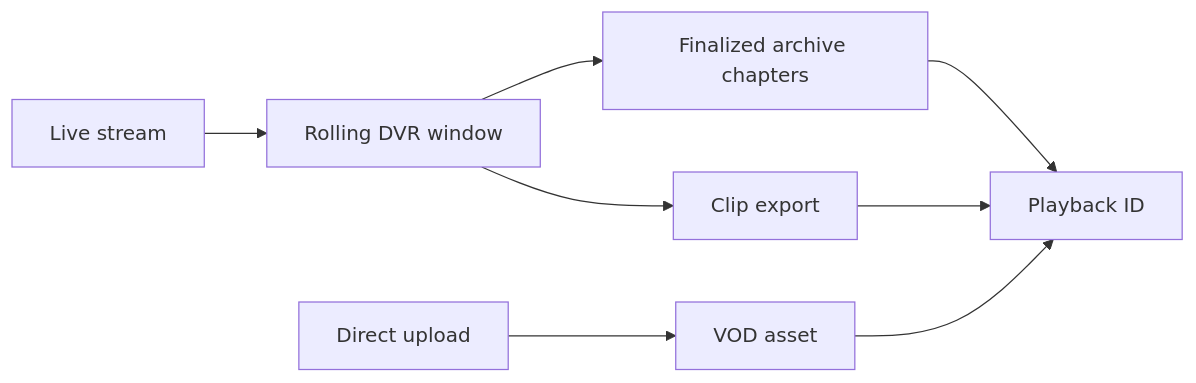
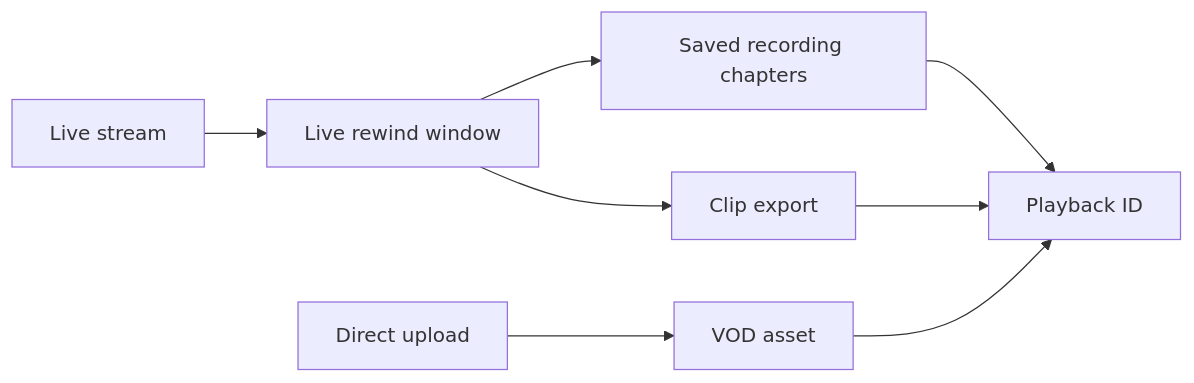
The diagram in website_docs/src/content/docs/builders/recordings.mdx (Livepeer-FrameWorks/monorepo), drawn with Mermaid before and after one commit. The commit also changed other lines of this file and 23 other files, not shown here.

Commit message:
feat(recording): finalize chapters and replay stopped DVR

````diff
--- a/website_docs/src/content/docs/builders/recordings.mdx
+++ b/website_docs/src/content/docs/builders/recordings.mdx
@@ -12,10 +12,10 @@
 ```mermaid
 flowchart LR
-    LIVE[Live stream] --> DVR[Rolling DVR window]
-    DVR --> CH[Finalized archive chapters]
+    LIVE[Live stream] --> DVR[Live rewind window]
+    DVR --> CH[Saved recording chapters]
     DVR --> CLIP[Clip export]
     UPLOAD[Direct upload] --> VOD[VOD asset]
     CH --> PLAY[Playback ID]
     CLIP --> PLAY
     VOD --> PLAY
 ```
````
